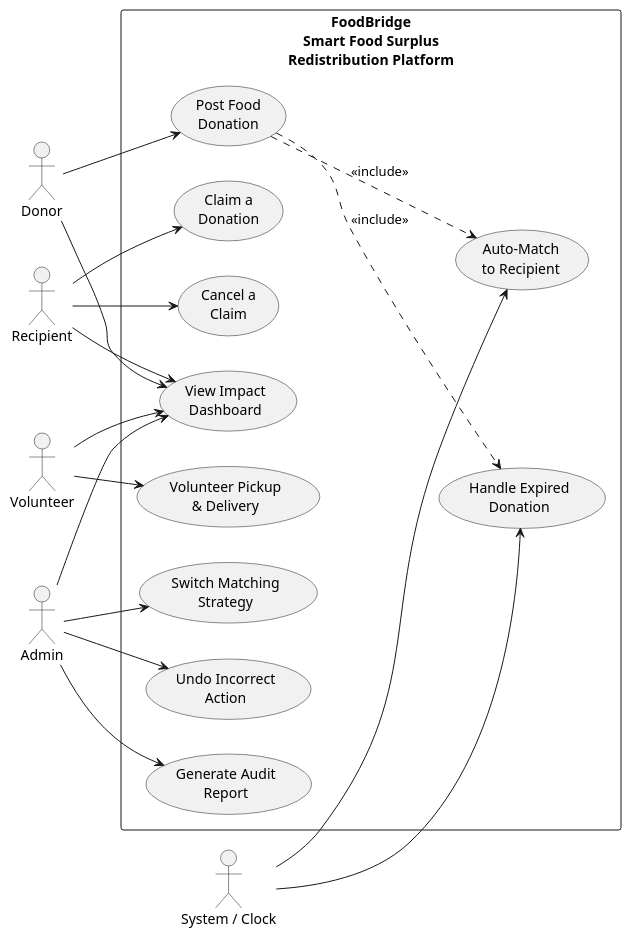
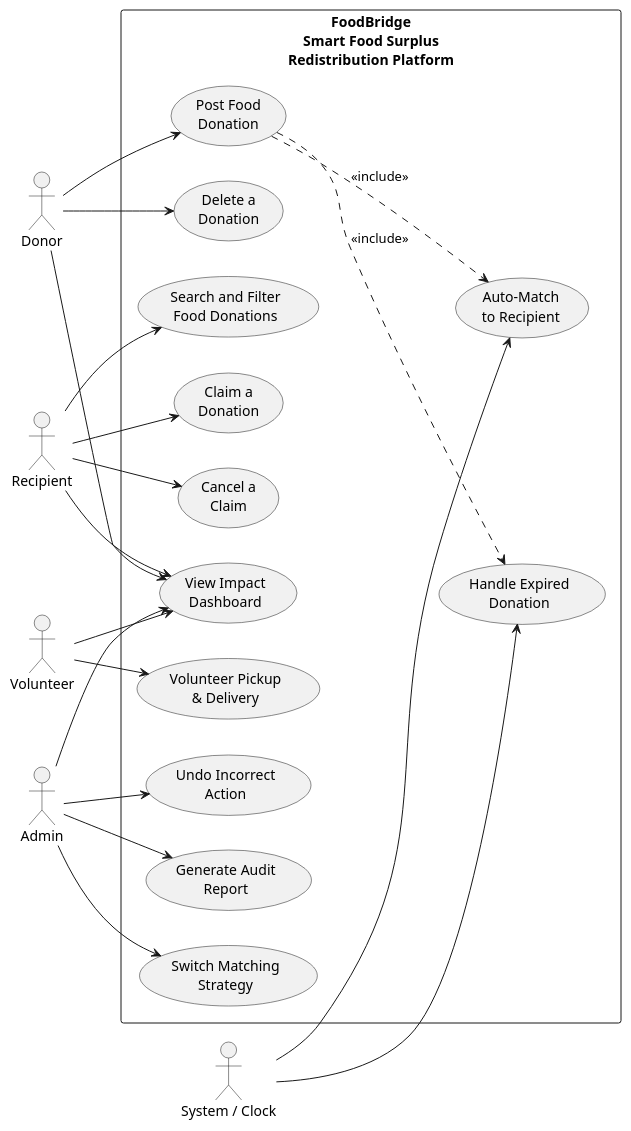
Before and after one commit to ayan-2007/Wasl-e-taam: the first of 14 diagrams in Modelinguide.md, drawn with PlantUML. The commit also changed other lines of this file, not shown here.

First line of the commit message:
docs: expand the modeling guide

````diff
--- a/Modelinguide.md
+++ b/Modelinguide.md
@@ -161,41 +150,47 @@
 ```plantuml
 @startuml FoodBridge Use Case Diagram
 left to right direction
 
+' Aliases match the 12-use-case model used throughout this guide.
+
 rectangle "FoodBridge\nSmart Food Surplus\nRedistribution Platform" {
   usecase "Post Food\nDonation" as UC01
-  usecase "Claim a\nDonation" as UC02
-  usecase "Cancel a\nClaim" as UC03
-  usecase "Volunteer Pickup\n& Delivery" as UC04
-  usecase "View Impact\nDashboard" as UC05
-  usecase "Auto-Match\nto Recipient" as UC06
-  usecase "Handle Expired\nDonation" as UC07
+  usecase "Delete a\nDonation" as UC02
+  usecase "View Impact\nDashboard" as UC03
+  usecase "Claim a\nDonation" as UC04
+  usecase "Cancel a\nClaim" as UC05
+  usecase "Search and Filter\nFood Donations" as UC06
+  usecase "Volunteer Pickup\n& Delivery" as UC07
   usecase "Switch Matching\nStrategy" as UC08
   usecase "Undo Incorrect\nAction" as UC09
   usecase "Generate Audit\nReport" as UC10
+  usecase "Auto-Match\nto Recipient" as UC11
+  usecase "Handle Expired\nDonation" as UC12
 }
 
 actor Donor as D
 actor Recipient as R
 actor Volunteer as V
 actor Admin as A
 actor "System / Clock" as S
 
 D --> UC01
-R --> UC02
+D --> UC02
+D --> UC03
 R --> UC03
-V --> UC04
-D --> UC05
+R --> UC04
 R --> UC05
-V --> UC05
-A --> UC05
+R --> UC06
+V --> UC03
+V --> UC07
+A --> UC03
 A --> UC08
 A --> UC09
 A --> UC10
-S --> UC06
-S --> UC07
+S --> UC11
+S --> UC12
 
-UC01 ..> UC06 : <<include>>
-UC01 ..> UC07 : <<include>>
+UC01 ..> UC11 : <<include>>
+UC01 ..> UC12 : <<include>>
 @enduml
 ```
````
